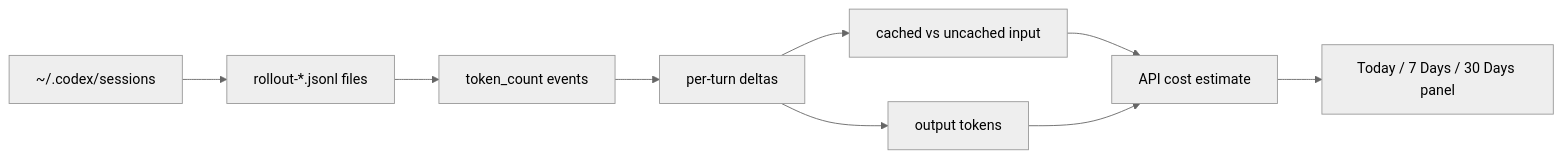
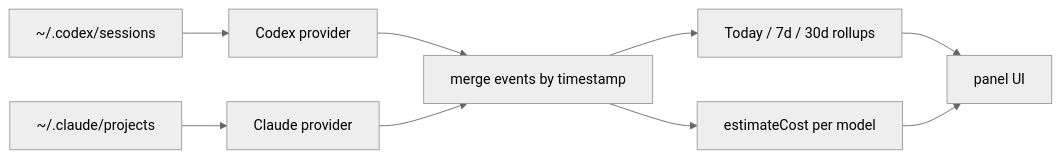
One commit to jnzhang-pku/token-lens changed the diagram in README.md. Above: the diagram before and after it, drawn with Mermaid (neutral theme). The commit also changed other lines of this file and 6 other files, not shown here.

````diff
--- a/README.md
+++ b/README.md
@@ -31,11 +99,11 @@
 ```mermaid
 flowchart LR
-  A["~/.codex/sessions"] --> B["rollout-*.jsonl files"]
-  B --> C["token_count events"]
-  C --> D["per-turn deltas"]
-  D --> E["cached vs uncached input"]
-  D --> F["output tokens"]
-  E --> G["API cost estimate"]
-  F --> G
-  G --> H["Today / 7 Days / 30 Days panel"]
+  A["~/.codex/sessions"]      --> P1["Codex provider"]
+  B["~/.claude/projects"]     --> P2["Claude provider"]
+  P1 --> M["merge events by timestamp"]
+  P2 --> M
+  M  --> R["Today / 7d / 30d rollups"]
+  M  --> C["estimateCost per model"]
+  R  --> U["panel UI"]
+  C  --> U
 ```
````
